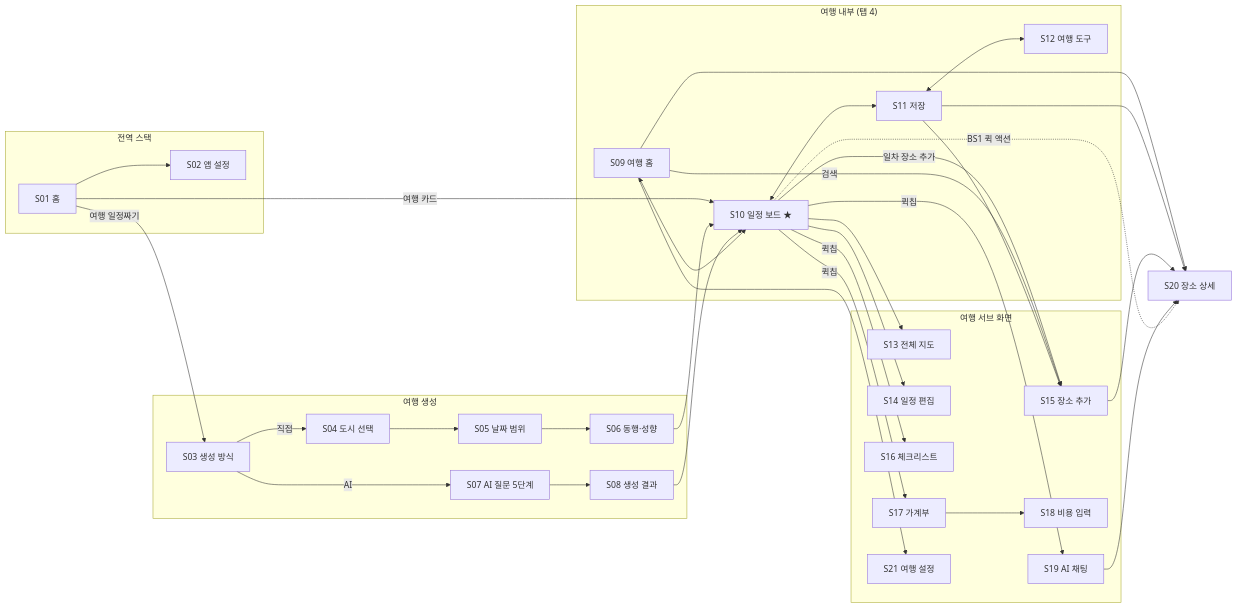
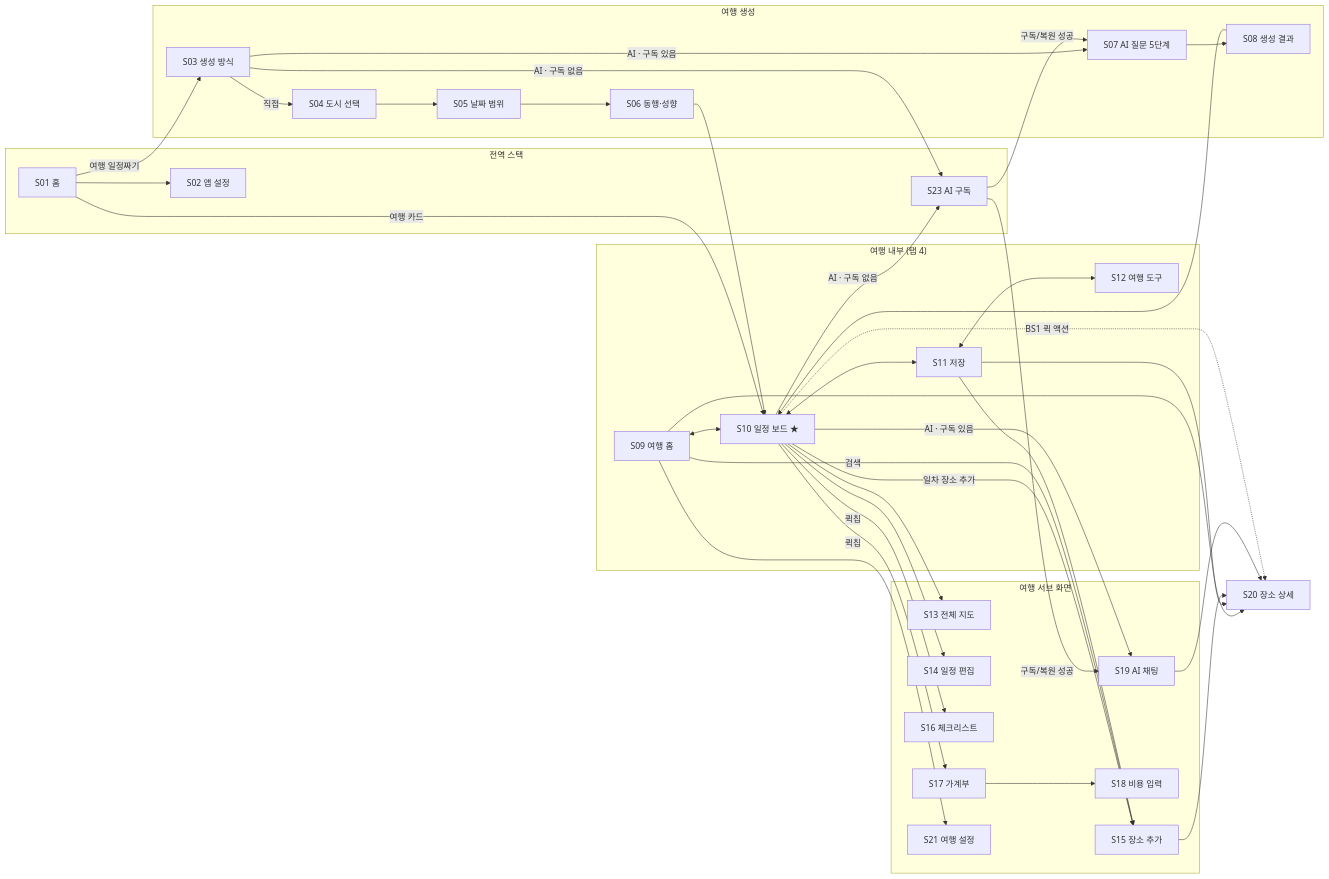
One commit to Bongseop-Kim/Itinova changed the first of 5 diagrams in docs/design.md. Above: the diagram before and after it, drawn with Mermaid. The commit also changed other lines of this file and 1 other file, not shown here.

````diff
--- a/docs/design.md
+++ b/docs/design.md
@@ -245,62 +249,65 @@
 ```mermaid
 flowchart LR
   subgraph GLOBAL["전역 스택"]
     S01["S01 홈"]
     S02["S02 앱 설정"]
+    S23["S23 AI 구독"]
   end
 
   subgraph CREATE["여행 생성"]
     S03["S03 생성 방식"]
     S04["S04 도시 선택"]
     S05["S05 날짜 범위"]
     S06["S06 동행·성향"]
     S07["S07 AI 질문 5단계"]
     S08["S08 생성 결과"]
   end
 
   subgraph TRIP["여행 내부 (탭 4)"]
     S09["S09 여행 홈"]
     S10["S10 일정 보드 ★"]
     S11["S11 저장"]
     S12["S12 여행 도구"]
   end
 
   subgraph SUB["여행 서브 화면"]
     S13["S13 전체 지도"]
     S14["S14 일정 편집"]
     S15["S15 장소 추가"]
     S16["S16 체크리스트"]
     S17["S17 가계부"]
     S18["S18 비용 입력"]
     S19["S19 AI 채팅"]
     S21["S21 여행 설정"]
   end
 
   S20["S20 장소 상세"]
 
   S01 --> S02
   S01 -->|여행 일정짜기| S03
   S01 -->|여행 카드| S10
   S03 -->|직접| S04 --> S05 --> S06 --> S10
-  S03 -->|AI| S07 --> S08 --> S10
+  S03 -->|AI · 구독 있음| S07 --> S08 --> S10
+  S03 -->|AI · 구독 없음| S23 -->|구독/복원 성공| S07
 
   S09 <--> S10
   S10 <--> S11
   S11 <--> S12
 
   S10 --> S13
   S10 --> S14
   S10 -->|일차 장소 추가| S15
   S10 -->|퀵칩| S16
   S10 -->|퀵칩| S17 --> S18
-  S10 -->|퀵칩| S19
+  S10 -->|AI · 구독 있음| S19
+  S10 -->|AI · 구독 없음| S23 -->|구독/복원 성공| S19
   S09 -->|검색| S15
   S09 --> S21
   S11 --> S15
 
   S09 --> S20
   S11 --> S20
   S15 --> S20
   S19 --> S20
   S10 -.->|BS1 퀵 액션| S20
 ```
````
